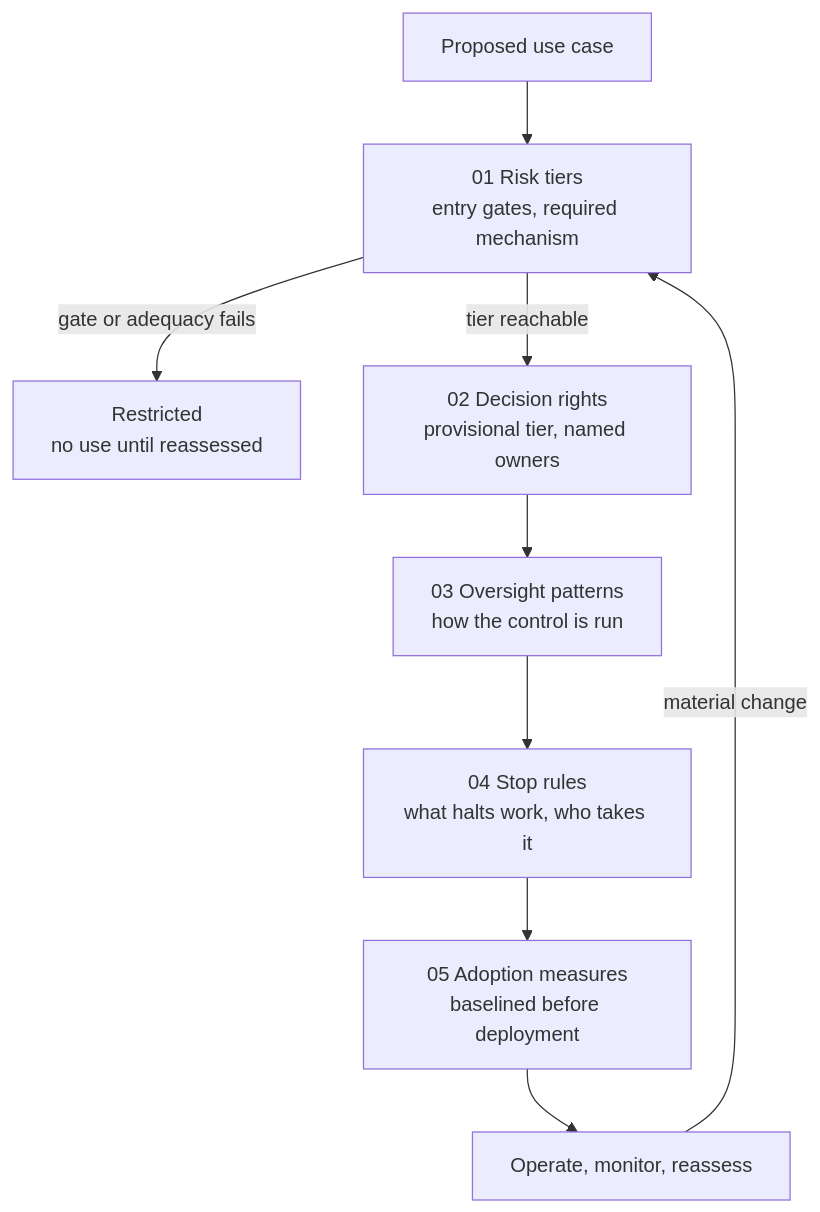
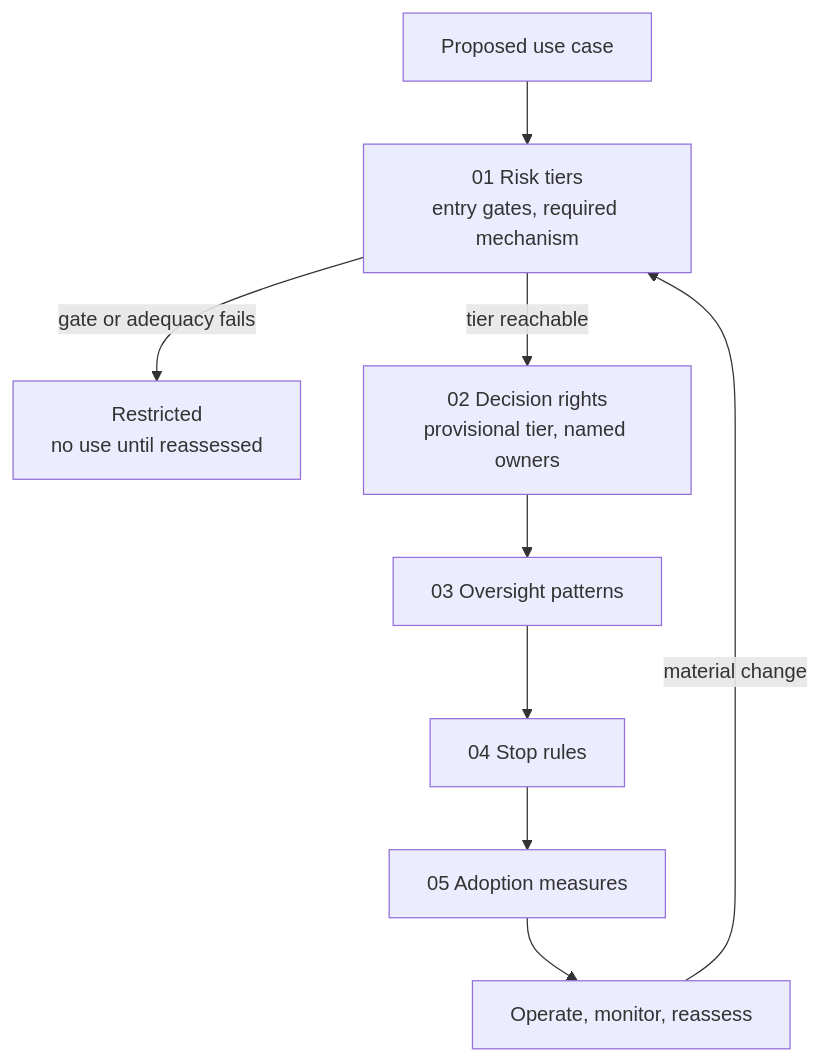
One commit to samueltait/ai-adoption-field-guide changed the diagram in README.md. Above: the diagram before and after it, drawn with Mermaid.

Commit message:
Tighten the README workflow diagram
The diagram rendered 1038px tall against an 868px viewport. The height was not
carrying information: sub-labels on 03, 04 and 05 wrapped to a third line,
inflating every box in the chain, while the prose immediately above the diagram
already explains what each section does.

Dropped the sub-labels from 03 Oversight patterns, 04 Stop rules and 05
Adoption measures, whose names are self-describing. Kept them on 01 and 02,
where "entry gates, required mechanism" and "provisional tier, named owners"
say something the section name does not.

Six multi-line labels become three. Widest rendered line of label text is
unchanged at 31 characters.

````diff
--- a/README.md
+++ b/README.md
@@ -66,11 +66,11 @@
 ```mermaid
 flowchart TD
     U["Proposed use case"] --> T["01 Risk tiers<br/>entry gates, required mechanism"]
     T -- "gate or adequacy fails" --> R["Restricted<br/>no use until reassessed"]
     T -- "tier reachable" --> Q["02 Decision rights<br/>provisional tier, named owners"]
-    Q --> O["03 Oversight patterns<br/>how the control is run"]
-    O --> S["04 Stop rules<br/>what halts work, who takes it"]
-    S --> M["05 Adoption measures<br/>baselined before deployment"]
+    Q --> O["03 Oversight patterns"]
+    O --> S["04 Stop rules"]
+    S --> M["05 Adoption measures"]
     M --> D["Operate, monitor, reassess"]
     D -- "material change" --> T
 ```
````
